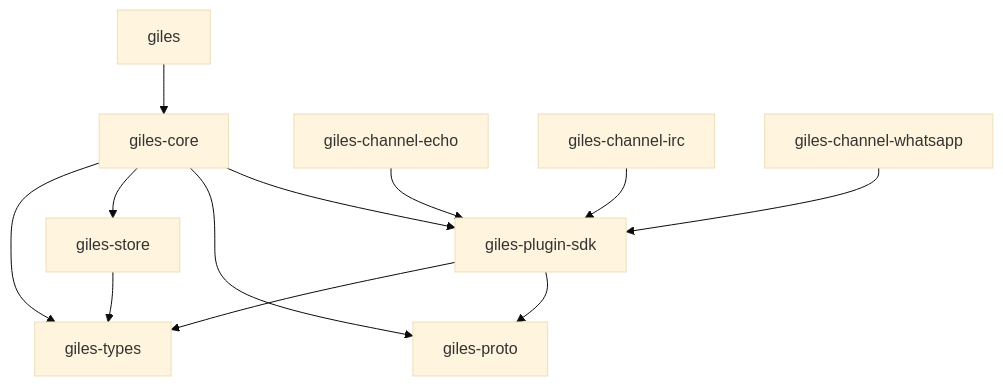
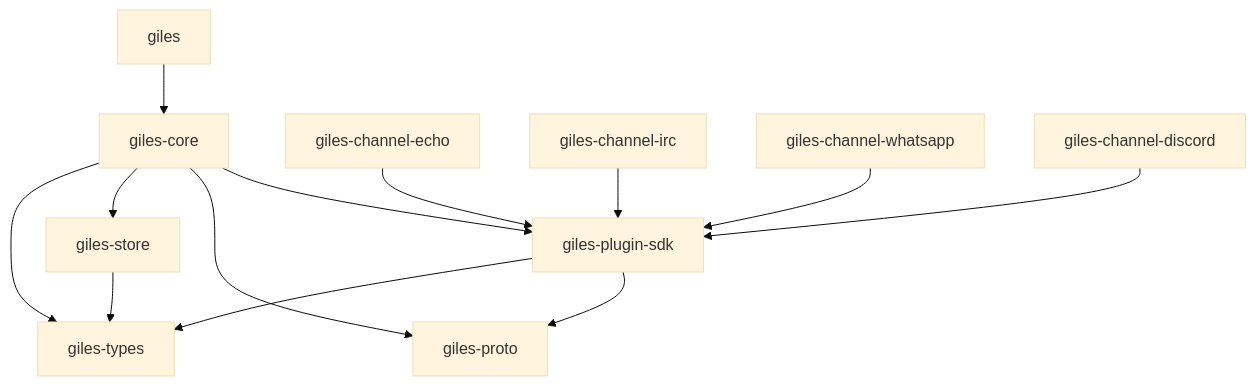
One commit to jennings/giles changed the diagram in Docs/technical/workspace.md. Above: the diagram before and after it, drawn with Mermaid (base theme). The commit also changed other lines of this file and 6 other files, not shown here.

````diff
--- a/Docs/technical/workspace.md
+++ b/Docs/technical/workspace.md
@@ -28,14 +29,15 @@
 ```mermaid
 flowchart TD
   giles --> core[giles-core]
   core --> types[giles-types]
   core --> store[giles-store]
   core --> proto[giles-proto]
   core --> sdk[giles-plugin-sdk]
   sdk --> types
   sdk --> proto
   store --> types
   echo[giles-channel-echo] --> sdk
   irc[giles-channel-irc] --> sdk
   whatsapp[giles-channel-whatsapp] --> sdk
+  discord[giles-channel-discord] --> sdk
 ```
````
